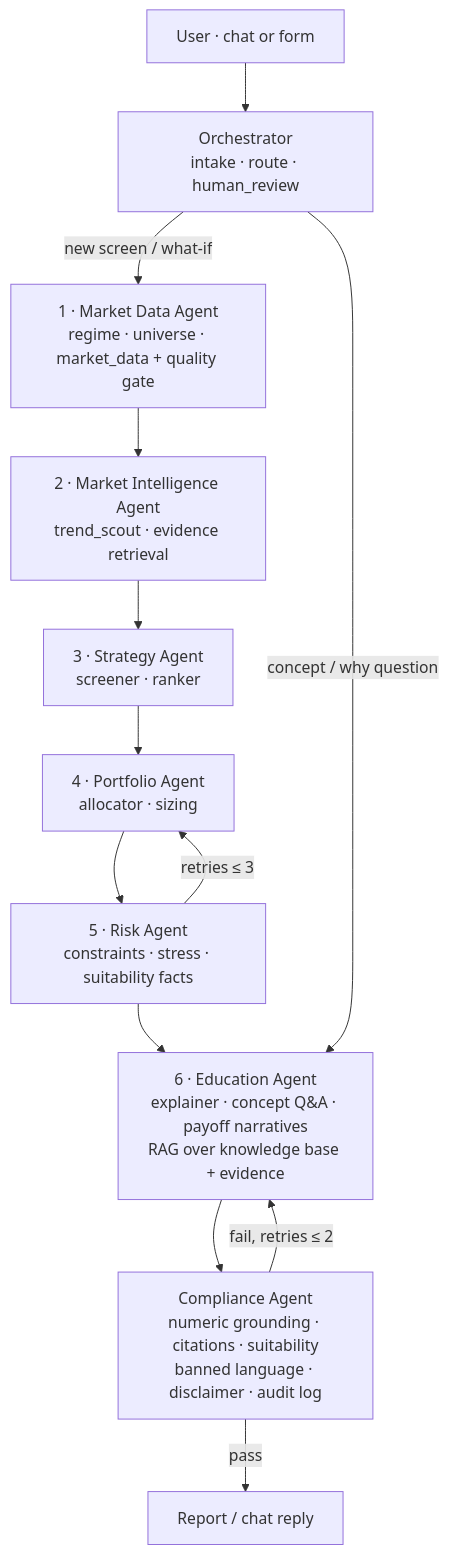
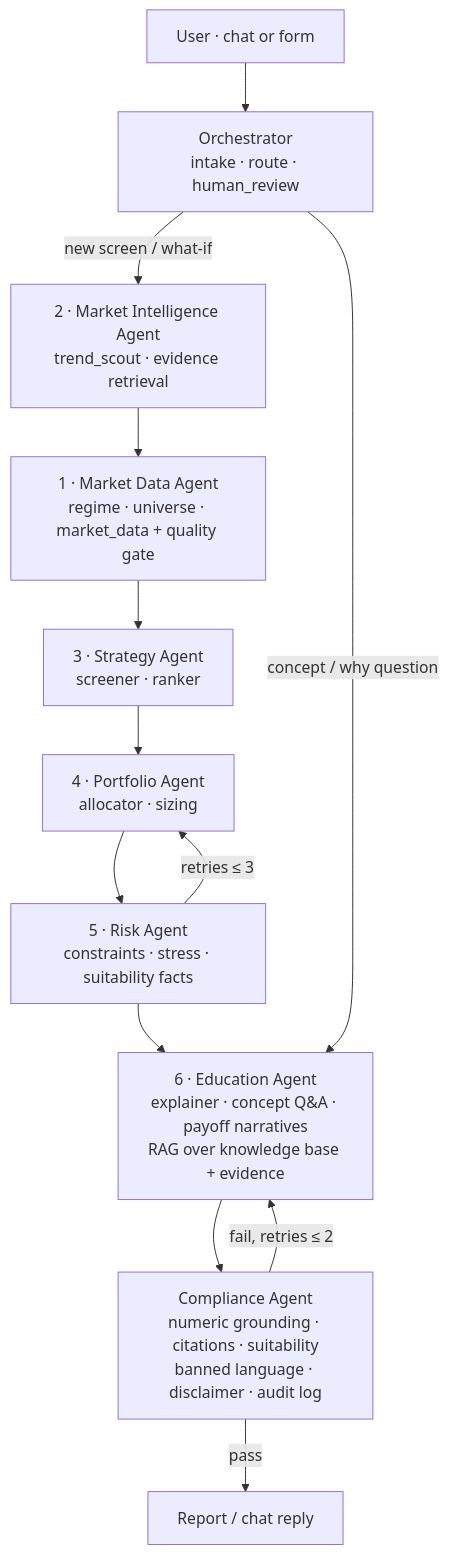
One commit to SachiK0thari/options-scout-ai changed the first of 2 diagrams in PRD.md. Above: the diagram before and after it, drawn with Mermaid. The commit also changed other lines of this file and 28 other files, not shown here.

Commit message:
compose the agent graph from eight specialist subgraphs

````diff
--- a/PRD.md
+++ b/PRD.md
@@ -270,15 +270,15 @@
 ```mermaid
 flowchart TD
     U[User · chat or form] --> O[Orchestrator<br/>intake · route · human_review]
-    O -->|new screen / what-if| MD[1 · Market Data Agent<br/>regime · universe · market_data + quality gate]
-    MD --> MI[2 · Market Intelligence Agent<br/>trend_scout · evidence retrieval]
-    MI --> ST[3 · Strategy Agent<br/>screener · ranker]
+    O -->|new screen / what-if| MI[2 · Market Intelligence Agent<br/>trend_scout · evidence retrieval]
+    MI --> MD[1 · Market Data Agent<br/>regime · universe · market_data + quality gate]
+    MD --> ST[3 · Strategy Agent<br/>screener · ranker]
     ST --> PF[4 · Portfolio Agent<br/>allocator · sizing]
     PF --> RK[5 · Risk Agent<br/>constraints · stress · suitability facts]
     RK -->|retries ≤ 3| PF
     RK --> ED[6 · Education Agent<br/>explainer · concept Q&A · payoff narratives<br/>RAG over knowledge base + evidence]
     O -->|concept / why question| ED
     ED --> CP[Compliance Agent<br/>numeric grounding · citations · suitability<br/>banned language · disclaimer · audit log]
     CP -->|fail, retries ≤ 2| ED
     CP -->|pass| R[Report / chat reply]
 ```
````
